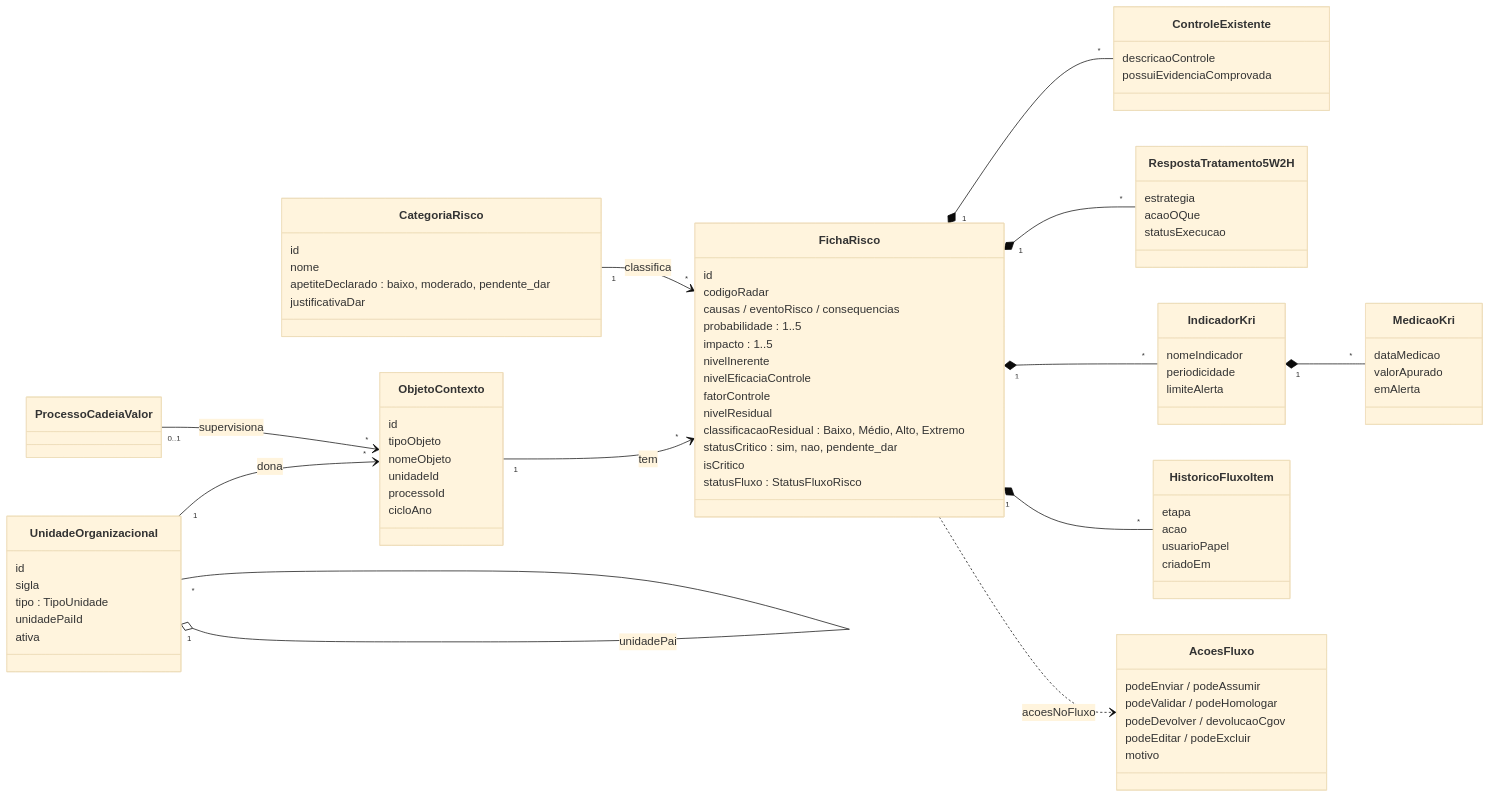
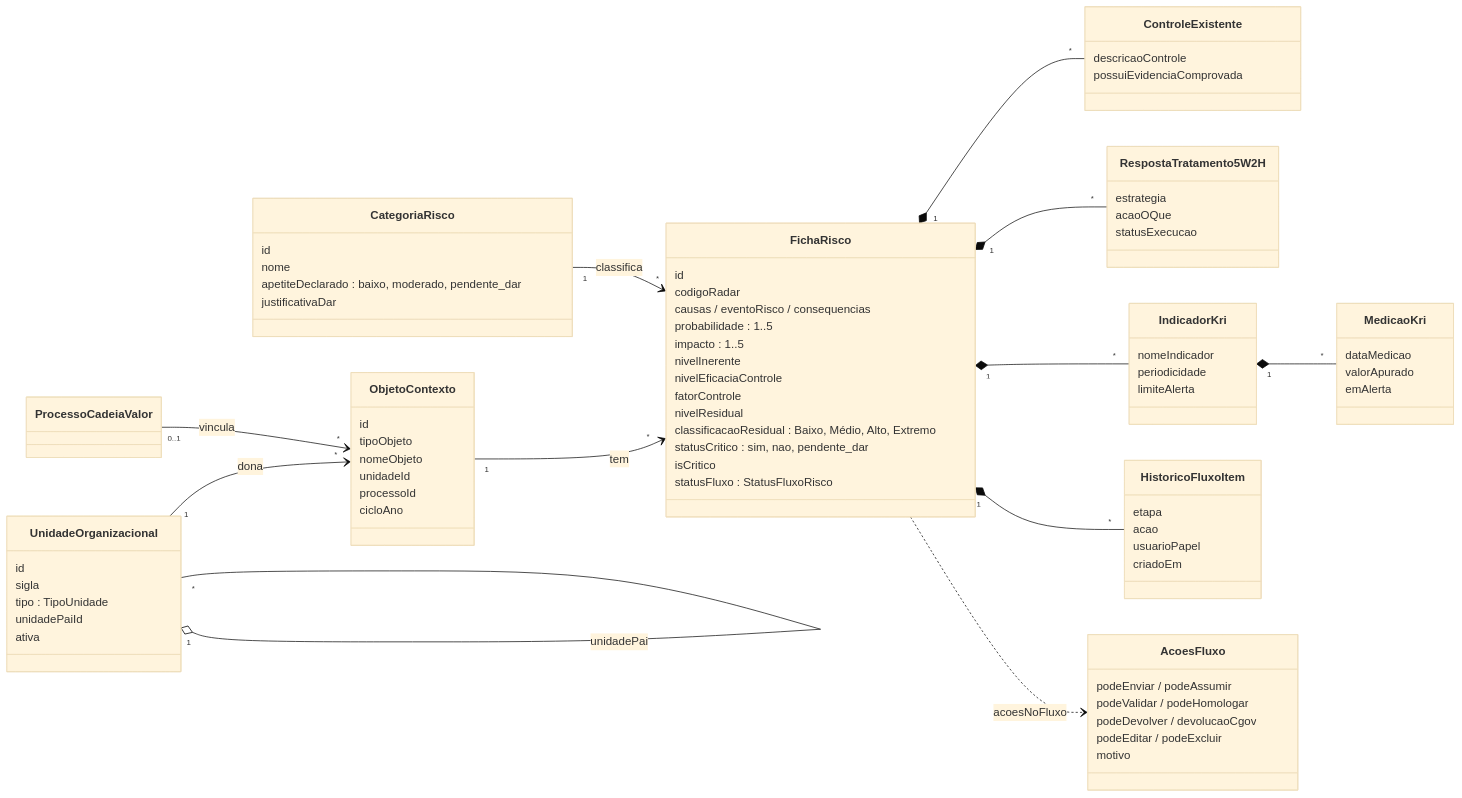
One commit to lpchagas/cgov-riscos changed the first of 2 diagrams in docs/50-nivel5-software/uml-03-classes.md. Above: the diagram before and after it, drawn with Mermaid (base theme). The commit also changed other lines of this file and 12 other files, not shown here.

Commit message:
docs(fase4): triagem da revisão final dos ADRs 0004-0016 e dos diagramas UML

```diff
--- a/docs/50-nivel5-software/uml-03-classes.md
+++ b/docs/50-nivel5-software/uml-03-classes.md
@@ -89,7 +89,7 @@
   }
   UnidadeOrganizacional "1" o-- "*" UnidadeOrganizacional : unidadePai
   UnidadeOrganizacional "1" --> "*" ObjetoContexto : dona
-  ProcessoCadeiaValor "0..1" --> "*" ObjetoContexto : supervisiona
+  ProcessoCadeiaValor "0..1" --> "*" ObjetoContexto : vincula
   ObjetoContexto "1" --> "*" FichaRisco : tem
   CategoriaRisco "1" --> "*" FichaRisco : classifica
   FichaRisco "1" *-- "*" ControleExistente
```
